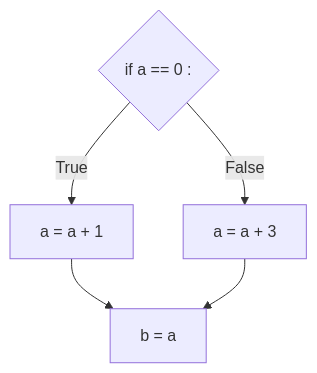
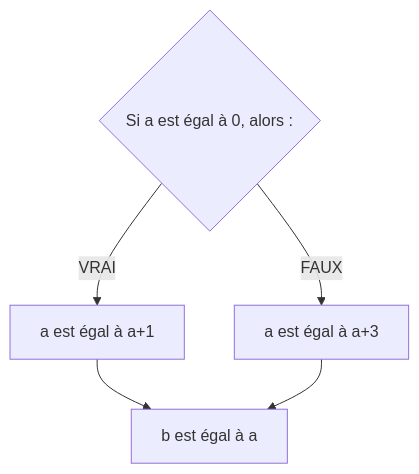
Before and after one commit to boddaert/nsi: the seventh of 10 diagrams in première/Langages_et_programmation/Constructions_élémentaires/Instructions_conditionnelles.md, drawn with Mermaid. The commit also changed other lines of this file, not shown here.

````diff
--- a/première/Langages_et_programmation/Constructions_élémentaires/Instructions_conditionnelles.md
+++ b/première/Langages_et_programmation/Constructions_élémentaires/Instructions_conditionnelles.md
@@ -162,8 +162,8 @@
 ```mermaid
   graph TB;
-      A{if a == 0 :};
-      A--True-->B[a = a + 1];
-      A--False-->C[a = a + 3];
-      B-->D[b = a];
-      C-->D[b = a];
+      A{Si a est égal à 0, alors :};
+      A--VRAI-->B[a est égal à a+1];
+      A--FAUX-->C[a est égal à a+3];
+      B-->D[b est égal à a];
+      C-->D[b est égal à a];
 ```
````
